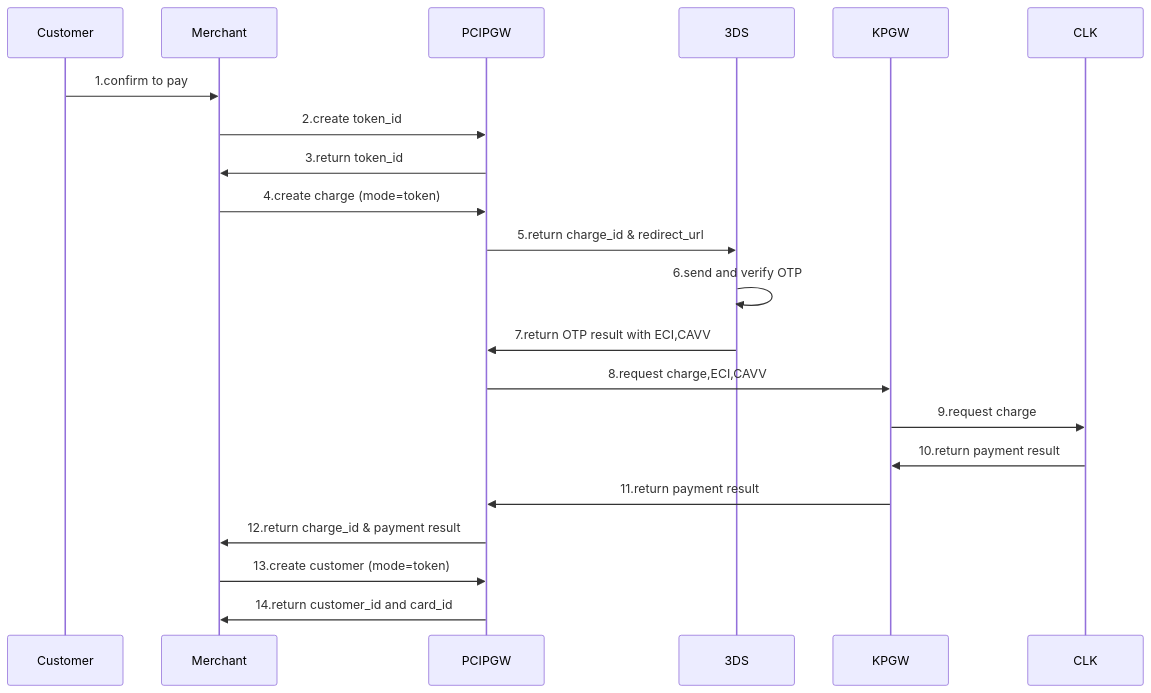
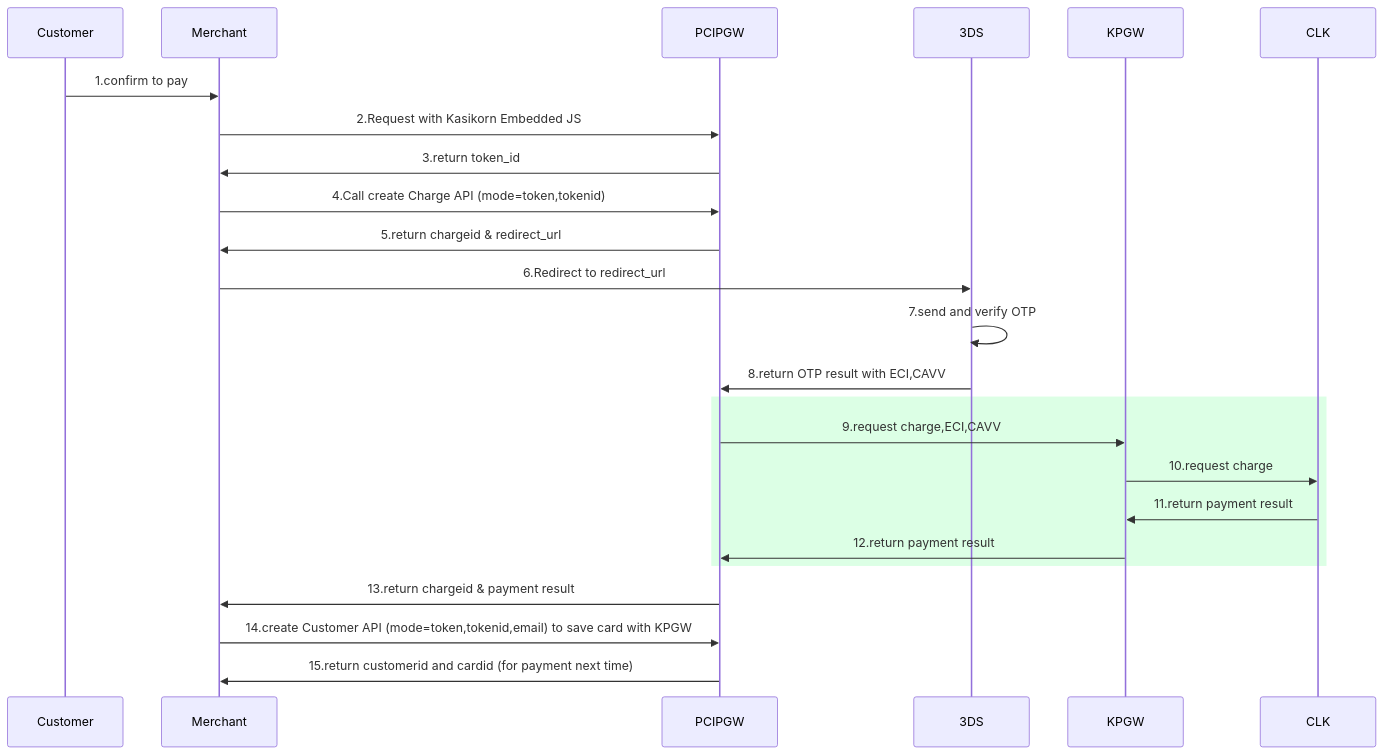
The first of 6 diagrams in Cybs-Ph2-Flow1.md (yuusuke25/MyNotes), drawn with Mermaid before and after one commit. The commit also changed other lines of this file, not shown here.

````diff
--- a/Cybs-Ph2-Flow1.md
+++ b/Cybs-Ph2-Flow1.md
@@ -2,19 +2,27 @@
 ```mermaid
     sequenceDiagram
         Customer->>Merchant:1.confirm to pay
-        Merchant->>PCIPGW:2.create token_id
+        Merchant->>PCIPGW:2.Request with Kasikorn Embedded JS
         PCIPGW->>Merchant:3.return token_id
-        Merchant->>PCIPGW:4.create charge (mode=token)
-        PCIPGW->>3DS:5.return charge_id & redirect_url
-        3DS->>3DS:6.send and verify OTP
-        3DS->>PCIPGW:7.return OTP result with ECI,CAVV
-        PCIPGW->>KPGW:8.request charge,ECI,CAVV
-        KPGW->>CLK:9.request charge
-        CLK->>KPGW:10.return payment result
-        KPGW->>PCIPGW:11.return payment result
-        PCIPGW->>Merchant:12.return charge_id & payment result
+        
+        Merchant->>PCIPGW:4.Call create Charge API (mode=token,tokenid)
+        PCIPGW->>Merchant:5.return chargeid & redirect_url
+        
+        
+        Merchant->>3DS:6.Redirect to redirect_url
+        3DS->>3DS:7.send and verify OTP
+        3DS->>PCIPGW:8.return OTP result with ECI,CAVV
+        
+        rect rgb(220, 255, 229)
+            PCIPGW->>KPGW:9.request charge,ECI,CAVV
+            KPGW->>CLK:10.request charge
+            CLK->>KPGW:11.return payment result
+            KPGW->>PCIPGW:12.return payment result
+        end
+        
+        PCIPGW->>Merchant:13.return chargeid & payment result
 
-        Merchant->>PCIPGW:13.create customer (mode=token)
-        PCIPGW->>Merchant:14.return customer_id and card_id
+        Merchant->>PCIPGW:14.create Customer API (mode=token,tokenid,email) to save card with KPGW
+        PCIPGW->>Merchant:15.return customerid and cardid (for payment next time)
 
 ```
````
